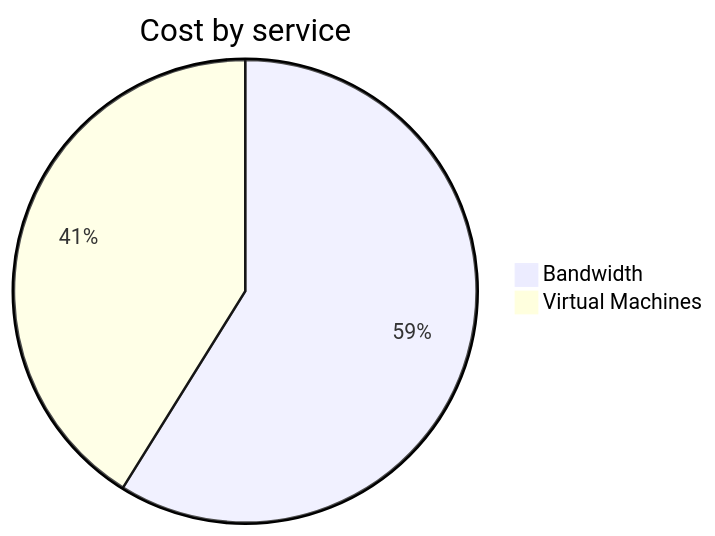
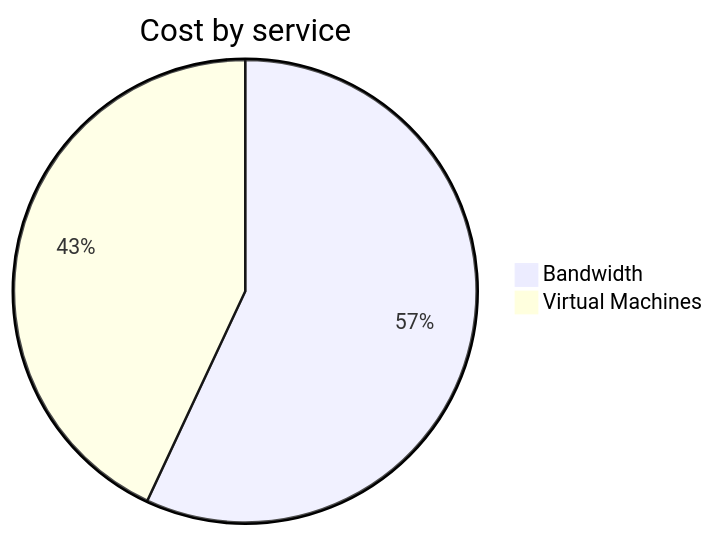
One commit to jpfulton/azure-personal-reports changed the second of 4 diagrams in cost-reports/personal-network/vpn-server.md. Above: the diagram before and after it, drawn with Mermaid. The commit also changed other lines of this file and 8 other files, not shown here.

````diff
--- a/cost-reports/personal-network/vpn-server.md
+++ b/cost-reports/personal-network/vpn-server.md
@@ -94,6 +94,6 @@
 ```mermaid
 pie
    title Cost by service
-   "Bandwidth" : 1.66
-   "Virtual Machines" : 1.16
+   "Bandwidth" : 1.80
+   "Virtual Machines" : 1.36
 ```
````
